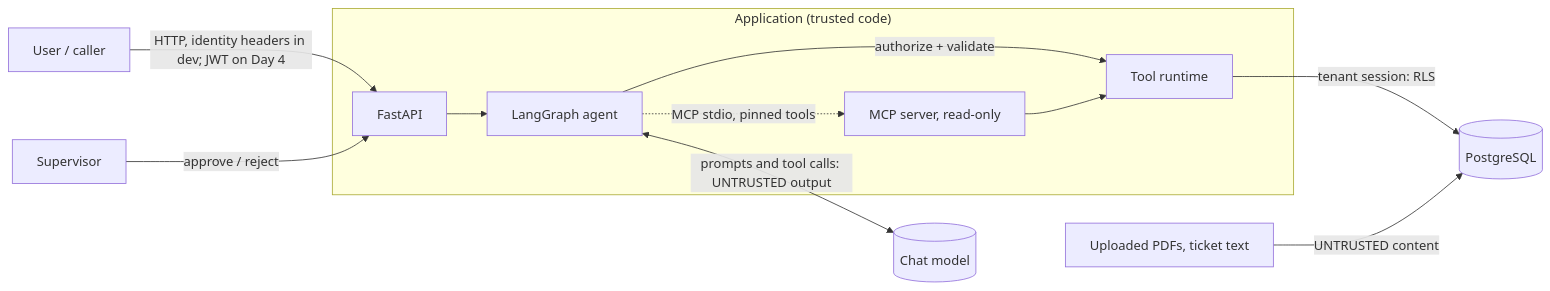
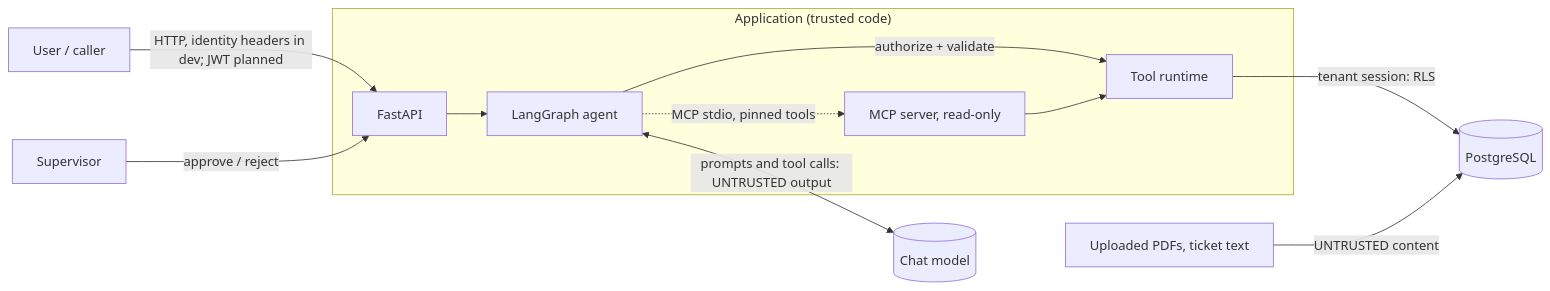
Before and after one commit to tomasghilino/secure-ai-agent: the diagram in docs/security/THREAT_MODEL.md, drawn with Mermaid. The commit also changed other lines of this file and 28 other files, not shown here.

Commit message:
docs: simplify README, add roadmap and tidy comments for publication

````diff
--- a/docs/security/THREAT_MODEL.md
+++ b/docs/security/THREAT_MODEL.md
@@ -35,14 +35,14 @@
 ```mermaid
 flowchart LR
-    U[User / caller] -->|HTTP, identity headers in dev; JWT on Day 4| API
+    U[User / caller] -->|HTTP, identity headers in dev; JWT planned| API
     subgraph App["Application (trusted code)"]
         API[FastAPI] --> AG[LangGraph agent]
         AG -->|authorize + validate| TR[Tool runtime]
         AG -.->|MCP stdio, pinned tools| MCP[MCP server, read-only]
         MCP --> TR
     end
     AG <-->|prompts and tool calls: UNTRUSTED output| LLM[(Chat model)]
     TR -->|tenant session: RLS| DB[(PostgreSQL)]
     DOCS[Uploaded PDFs, ticket text] -->|UNTRUSTED content| DB
     SUP[Supervisor] -->|approve / reject| API
 ```
````
